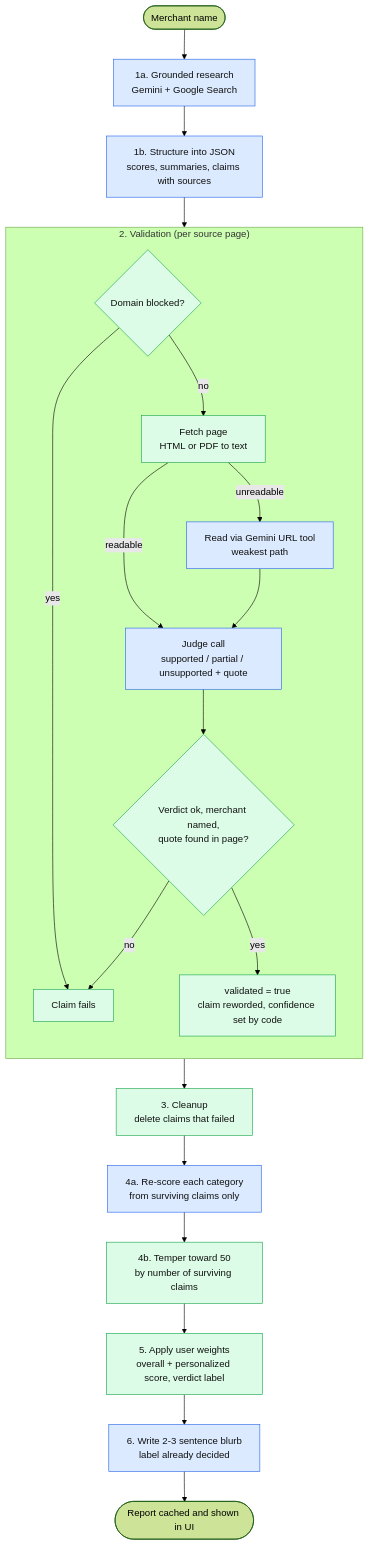
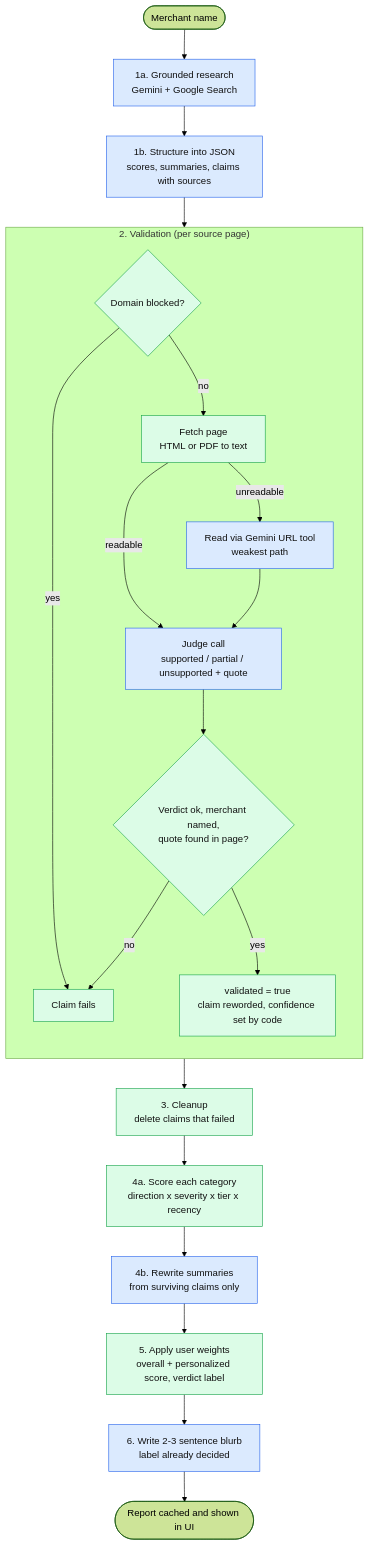
Before and after one commit to apatil05/Accountable: the diagram in docs/PIPELINE.md, drawn with Mermaid (forest theme). The commit also changed other lines of this file and 9 other files, not shown here.

First line of the commit message:
Compute category scores in code from labeled claims

````diff
--- a/docs/PIPELINE.md
+++ b/docs/PIPELINE.md
@@ -26,30 +26,30 @@
 ```mermaid
 flowchart TD
     M([Merchant name]) --> R1["1a. Grounded research<br/>Gemini + Google Search"]
     R1 --> R2["1b. Structure into JSON<br/>scores, summaries, claims with sources"]
     R2 --> V
 
     subgraph V ["2. Validation (per source page)"]
         direction TB
         D{"Domain blocked?"} -->|yes| F1["Claim fails"]
         D -->|no| FE["Fetch page<br/>HTML or PDF to text"]
         FE -->|unreadable| UC["Read via Gemini URL tool<br/>weakest path"]
         FE -->|readable| J["Judge call<br/>supported / partial / unsupported + quote"]
         UC --> J
         J --> CK{"Verdict ok, merchant named,<br/>quote found in page?"}
         CK -->|no| F1
         CK -->|yes| P["validated = true<br/>claim reworded, confidence set by code"]
     end
 
     V --> C["3. Cleanup<br/>delete claims that failed"]
-    C --> RS["4a. Re-score each category<br/>from surviving claims only"]
-    RS --> T["4b. Temper toward 50<br/>by number of surviving claims"]
-    T --> S["5. Apply user weights<br/>overall + personalized score, verdict label"]
+    C --> T["4a. Score each category<br/>direction x severity x tier x recency"]
+    T --> RS["4b. Rewrite summaries<br/>from surviving claims only"]
+    RS --> S["5. Apply user weights<br/>overall + personalized score, verdict label"]
     S --> B["6. Write 2-3 sentence blurb<br/>label already decided"]
     B --> O([Report cached and shown in UI])
 
     classDef ai fill:#dbeafe,stroke:#2563eb,color:#111;
     classDef code fill:#dcfce7,stroke:#16a34a,color:#111;
     class R1,R2,UC,J,RS,B ai;
     class D,FE,CK,P,F1,C,T,S code;
 ```
````
